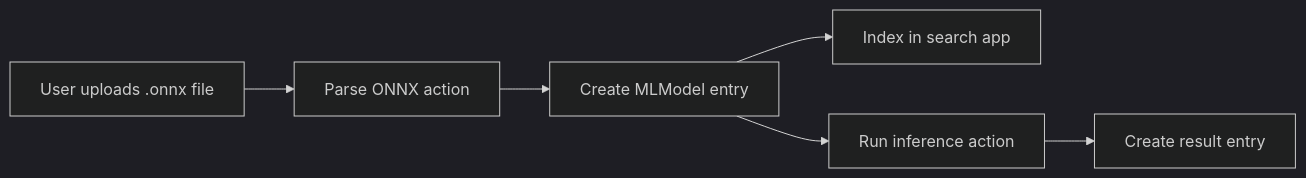
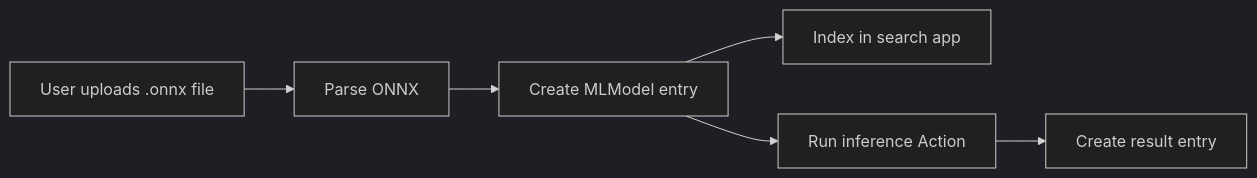
One commit to FAIRmat-NFDI/nomad-ml-workflows changed the diagram in docs/explanation/ml_models_schema_parser_inference.md. Above: the diagram before and after it, drawn with Mermaid (dark theme). The commit also changed other lines of this file, not shown here.

````diff
--- a/docs/explanation/ml_models_schema_parser_inference.md
+++ b/docs/explanation/ml_models_schema_parser_inference.md
@@ -18,8 +18,8 @@
 ```mermaid
 flowchart LR
-    A[User uploads .onnx file] --> B[Parse ONNX action]
+    A[User uploads .onnx file] --> B[Parse ONNX]
     B --> C[Create MLModel entry]
     C --> D[Index in search app]
-    C --> E[Run inference action]
+    C --> E[Run inference Action]
     E --> F[Create result entry]
 ```
````
